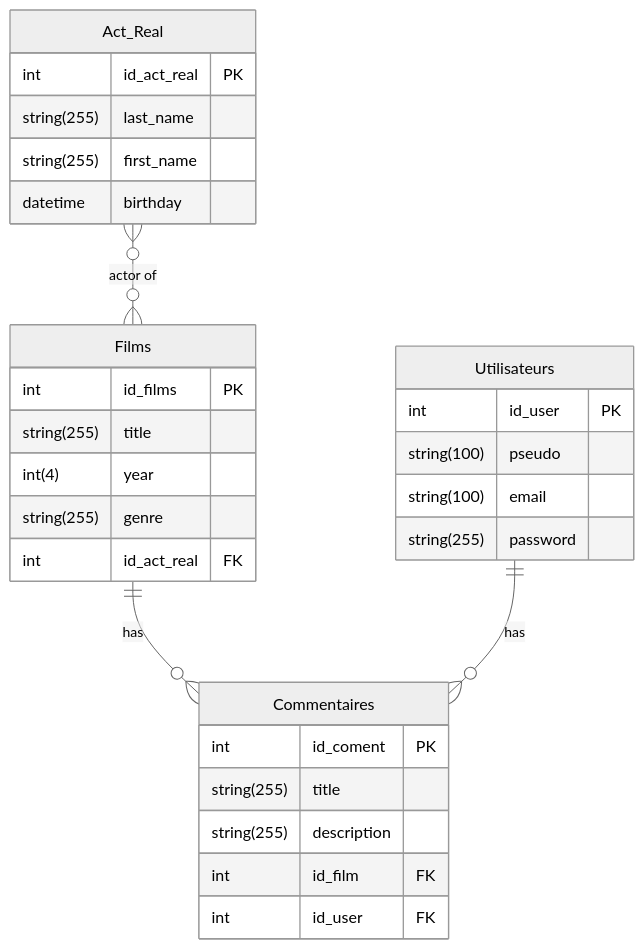
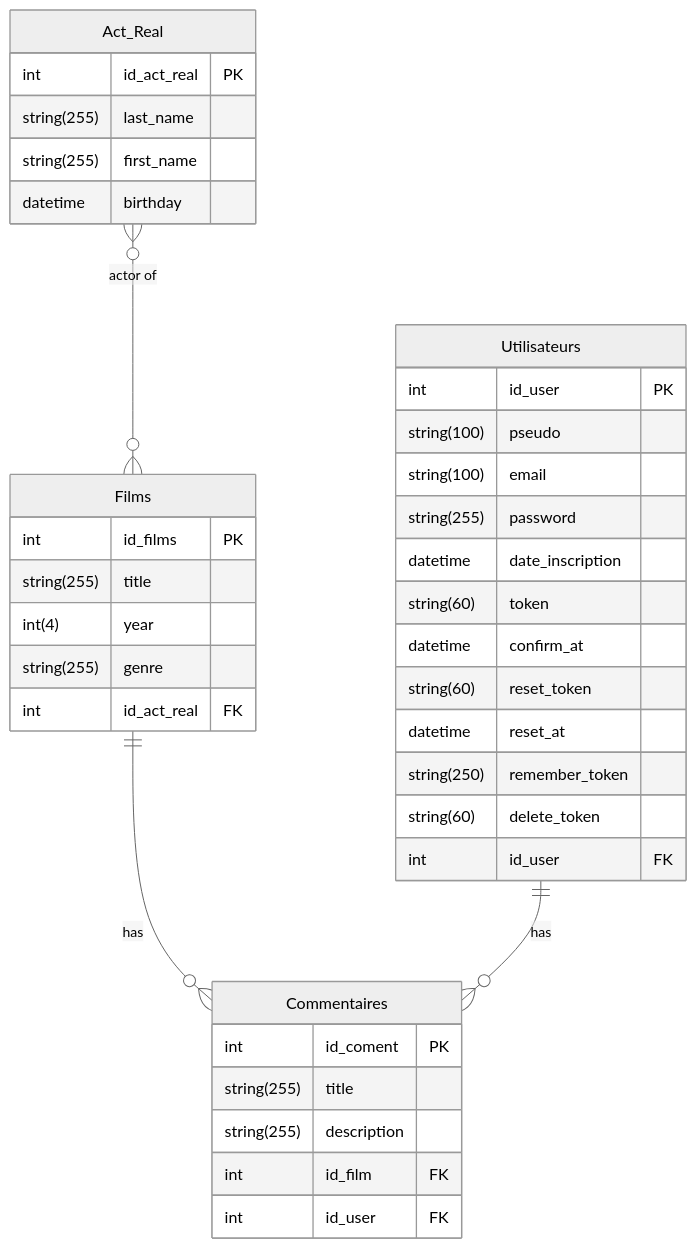
Before and after one commit to Kirc-Lazarus/passion_gft: the diagram in NOTE.md, drawn with Mermaid (neutral theme).

Commit message:
Mise à jour notes perso

````diff
--- a/NOTE.md
+++ b/NOTE.md
@@ -8,34 +8,41 @@
 ```mermaid
 erDiagram
     Act_Real }o--o{ Films : "actor of"
     Films ||--o{ Commentaires : has
     Utilisateurs ||--o{ Commentaires : has
     Utilisateurs {
         int id_user PK
         string(100) pseudo
         string(100) email
         string(255) password
-
+        datetime date_inscription 
+        string(60) token
+        datetime confirm_at
+        string(60) reset_token
+        datetime reset_at
+        string(250) remember_token
+        string(60) delete_token
+        int id_user FK
     }
     Act_Real {
         int id_act_real PK
         string(255) last_name
         string(255) first_name
         datetime birthday
     }
     Films {
         int id_films PK
         string(255) title
         int(4) year
         string(255) genre
         int id_act_real FK
 
     }
     Commentaires{
         int id_coment PK
         string(255) title
         string(255) description
         int id_film FK
         int id_user FK
     }
 ```
````
